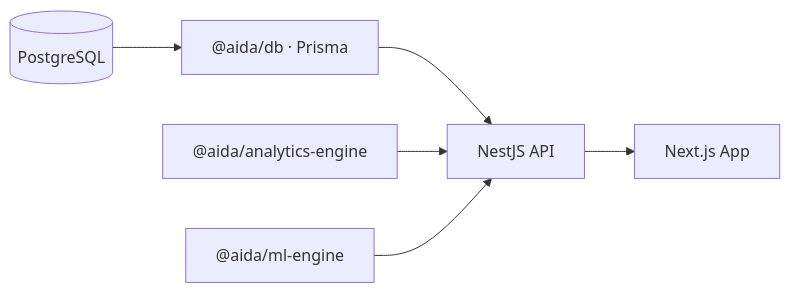
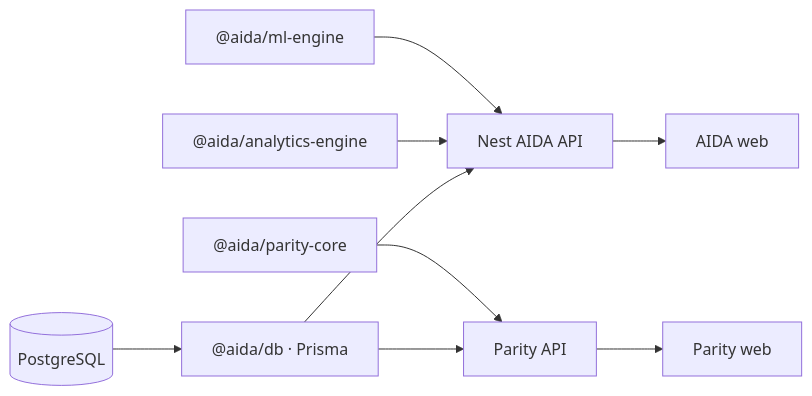
The diagram in README.md (ax5hay/AIDA), drawn with Mermaid before and after one commit. The commit also changed other lines of this file and 16 other files, not shown here.

````diff
--- a/README.md
+++ b/README.md
@@ -41,14 +43,20 @@
 ```mermaid
 flowchart LR
   PG[(PostgreSQL)]
   DB["@aida/db · Prisma"]
   AE["@aida/analytics-engine"]
   ML["@aida/ml-engine"]
-  API[NestJS API]
-  WEB[Next.js App]
+  API[Nest AIDA API]
+  WEB[AIDA web]
+  PC["@aida/parity-core"]
+  PAPI[Parity API]
+  PWEB[Parity web]
   PG --> DB
   DB --> API
+  DB --> PAPI
   AE --> API
   ML --> API
   API --> WEB
+  PC --> PAPI
+  PAPI --> PWEB
 ```
````
